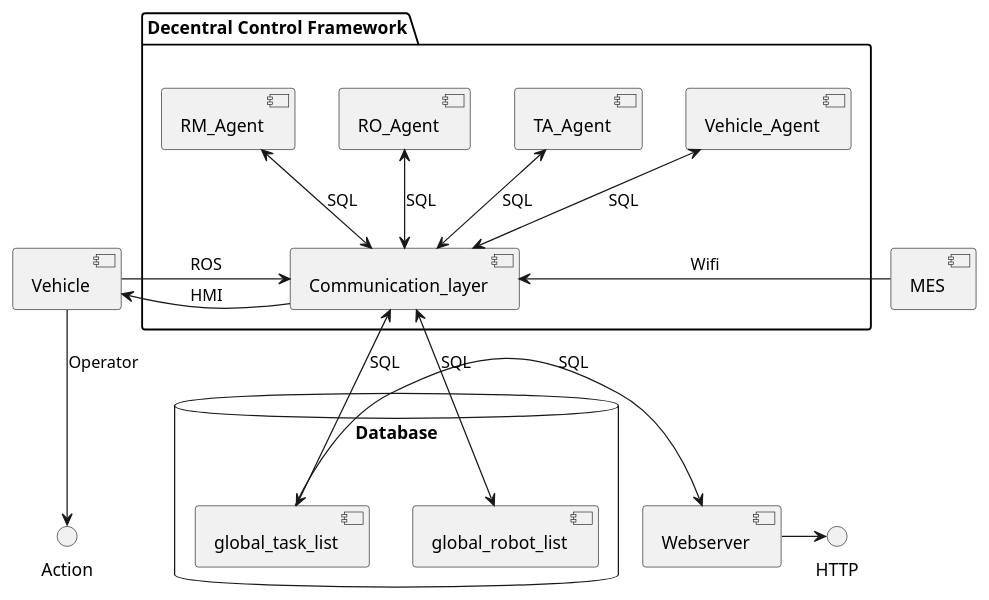
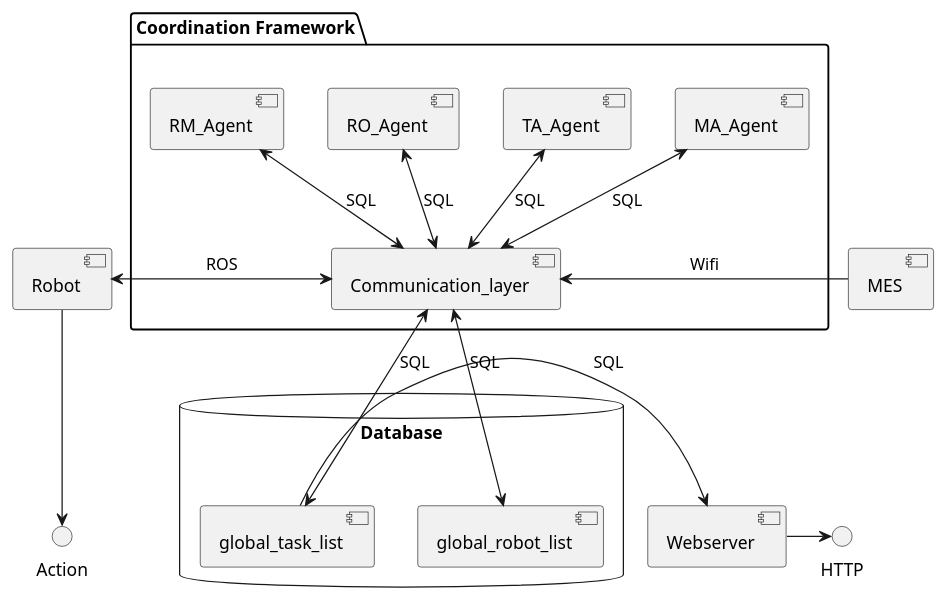
The diagram in robotino_core/docs/src/connection_diagram.puml (MatthiasDR96/robotino_control), drawn with PlantUML before and after one commit.

Commit message:
Last Changes

```diff
--- a/robotino_core/docs/src/connection_diagram.puml
+++ b/robotino_core/docs/src/connection_diagram.puml
@@ -1,37 +1,36 @@
 @startuml connection_diagram
 
-package "Decentral Control Framework" {
+package "Coordination Framework" {
 
     [Communication_layer]
-    [Vehicle_Agent]
+    [MA_Agent]
     [TA_Agent]
     [RO_Agent]
     [RM_Agent]
 
 }
 
 database "Database" {
 
     [global_robot_list]
     [global_task_list]
 
 }
 
-[Vehicle] -> [Communication_layer] : ROS
-[Vehicle] <- [Communication_layer] : HMI
-[Vehicle] --> Action : Operator
+[Robot] <-> [Communication_layer] : ROS
+[Robot] --> Action
 
 [global_task_list] -> [Webserver] : SQL
 [Webserver] -> HTTP
 
 [TA_Agent] <--> [Communication_layer] : SQL
 [RO_Agent] <--> [Communication_layer] : SQL
 [RM_Agent] <--> [Communication_layer] : SQL
-[Vehicle_Agent] <--> [Communication_layer] : SQL
+[MA_Agent] <--> [Communication_layer] : SQL
 
 [Communication_layer] <--> [global_task_list] : SQL
 [Communication_layer] <--> [global_robot_list] : SQL
 
 [MES] -> [Communication_layer] : Wifi
 
 @enduml
```
